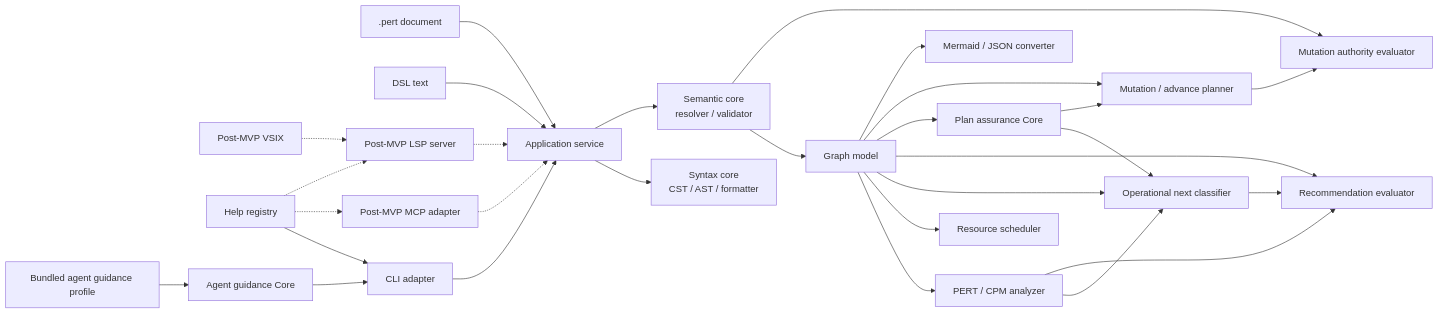
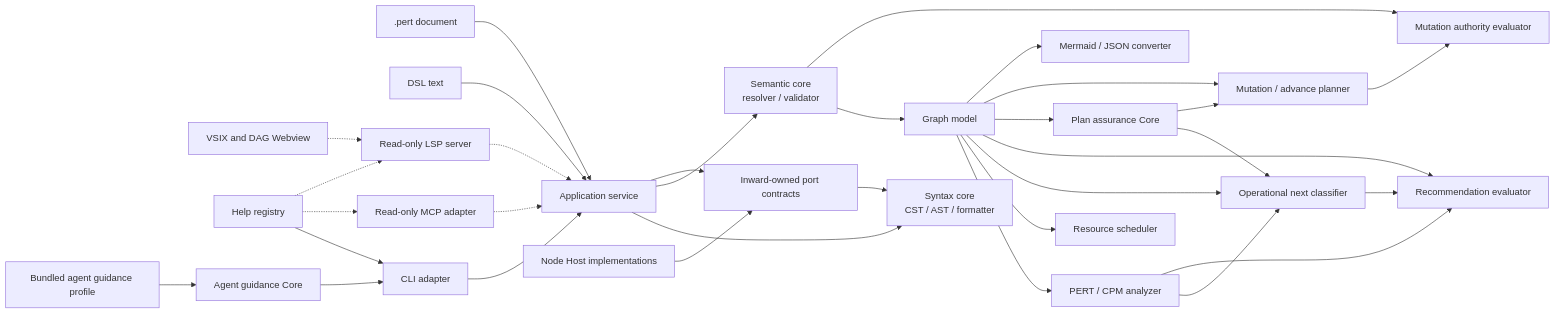
The diagram in docs/basic-design.md (mako10k/perttool), drawn with Mermaid before and after one commit. The commit also changed other lines of this file and 13 other files, not shown here.

Commit message:
Accept shared adapter architecture

````diff
--- a/docs/basic-design.md
+++ b/docs/basic-design.md
@@ -93,35 +96,39 @@
 ```mermaid
 flowchart LR
   FILE[.pert document] --> APP[Application service]
   TEXT[DSL text] --> APP
 
   APP --> SYNTAX[Syntax core<br/>CST / AST / formatter]
   APP --> SEMANTIC[Semantic core<br/>resolver / validator]
   SEMANTIC --> GRAPH[Graph model]
   GRAPH --> ANALYZER[PERT / CPM analyzer]
   GRAPH --> SCHEDULER[Resource scheduler]
   GRAPH --> NEXT[Operational next classifier]
   ANALYZER --> NEXT
   GRAPH --> RECOMMEND[Recommendation evaluator]
   GRAPH --> ASSURANCE[Plan assurance Core]
   ASSURANCE --> NEXT
   ASSURANCE --> TRANSFORM
   NEXT --> RECOMMEND
   ANALYZER --> RECOMMEND
   GRAPH --> TRANSFORM[Mutation / advance planner]
   SEMANTIC --> GOVERNANCE[Mutation authority evaluator]
   TRANSFORM --> GOVERNANCE
   GRAPH --> CONVERTER[Mermaid / JSON converter]
 
+  PORT[Inward-owned port contracts] --> SYNTAX
+  HOST[Node Host implementations] --> PORT
+  APP --> PORT
+
   CLI[CLI adapter] --> APP
-  MCP[Post-MVP MCP adapter] -.-> APP
-  LSP[Post-MVP LSP server] -.-> APP
-  VSIX[Post-MVP VSIX] -.-> LSP
+  MCP[Read-only MCP adapter] -.-> APP
+  LSP[Read-only LSP server] -.-> APP
+  VSIX[VSIX and DAG Webview] -.-> LSP
 
   HELP[Help registry] --> CLI
   HELP -.-> MCP
   HELP -.-> LSP
 
   PROFILE[Bundled agent guidance profile] --> GUIDANCE[Agent guidance Core]
   GUIDANCE --> CLI
 ```
````
